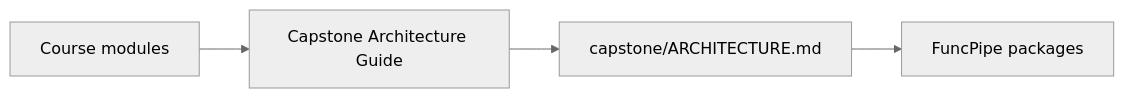
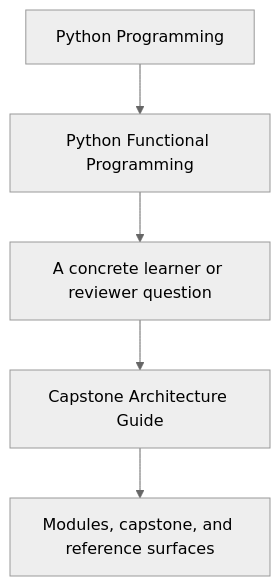
The first of 2 diagrams in programs/python-programming/python-functional-programming/course-book/guides/capstone-architecture-guide.md (bijux/bijux-masterclass), drawn with Mermaid (neutral theme) before and after one commit. The commit also changed other lines of this file and 23 other files, not shown here.

Commit message:
docs(python-functional-programming): sharpen guide and reference diagrams

````diff
--- a/programs/python-programming/python-functional-programming/course-book/guides/capstone-architecture-guide.md
+++ b/programs/python-programming/python-functional-programming/course-book/guides/capstone-architecture-guide.md
@@ -7,6 +7,7 @@
 ```mermaid
-graph LR
-  course["Course modules"] --> bridge["Capstone Architecture Guide"]
-  bridge --> local["capstone/ARCHITECTURE.md"]
-  local --> code["FuncPipe packages"]
+flowchart TD
+  family["Python Programming"] --> program["Python Functional Programming"]
+  program --> pressure["A concrete learner or reviewer question"]
+  pressure --> guide["Capstone Architecture Guide"]
+  guide --> next["Modules, capstone, and reference surfaces"]
 ```
````
